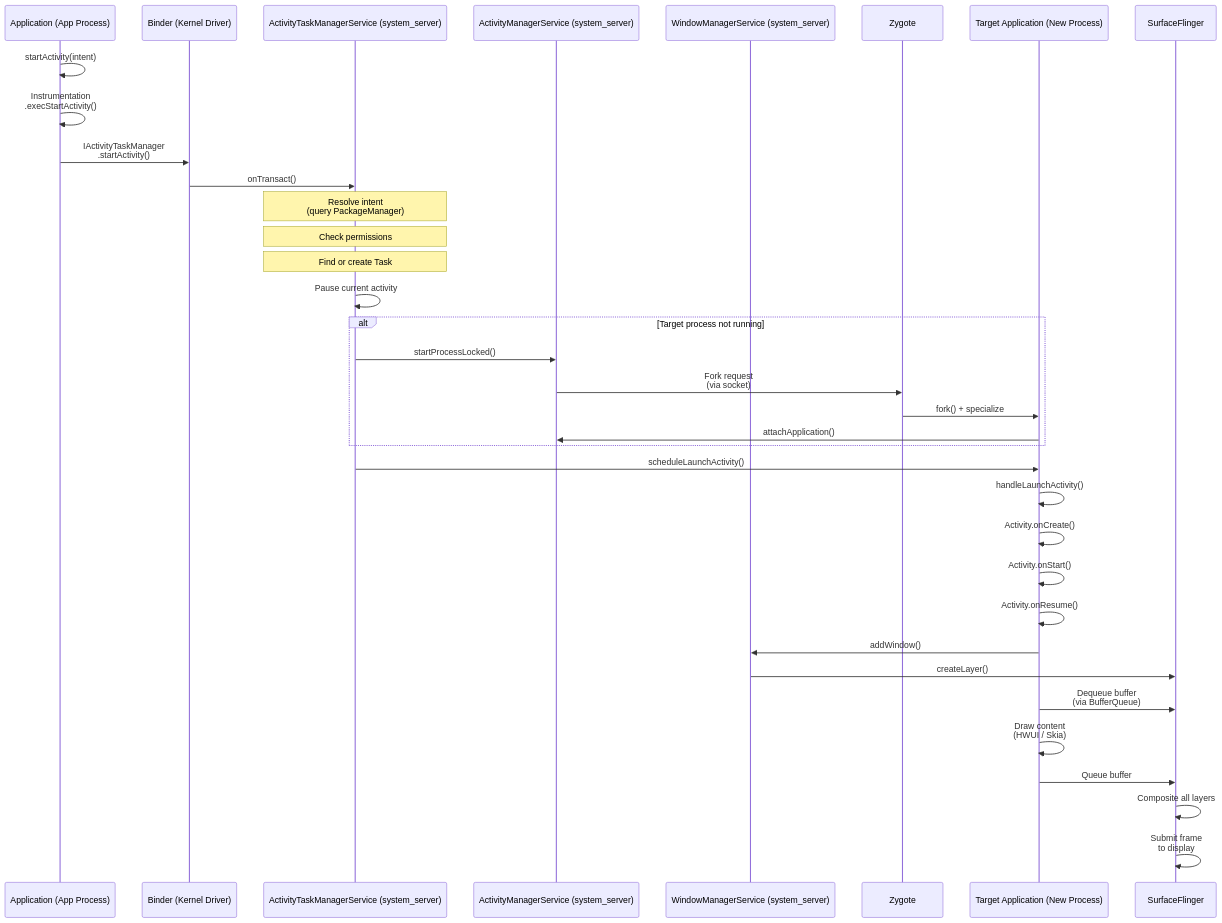
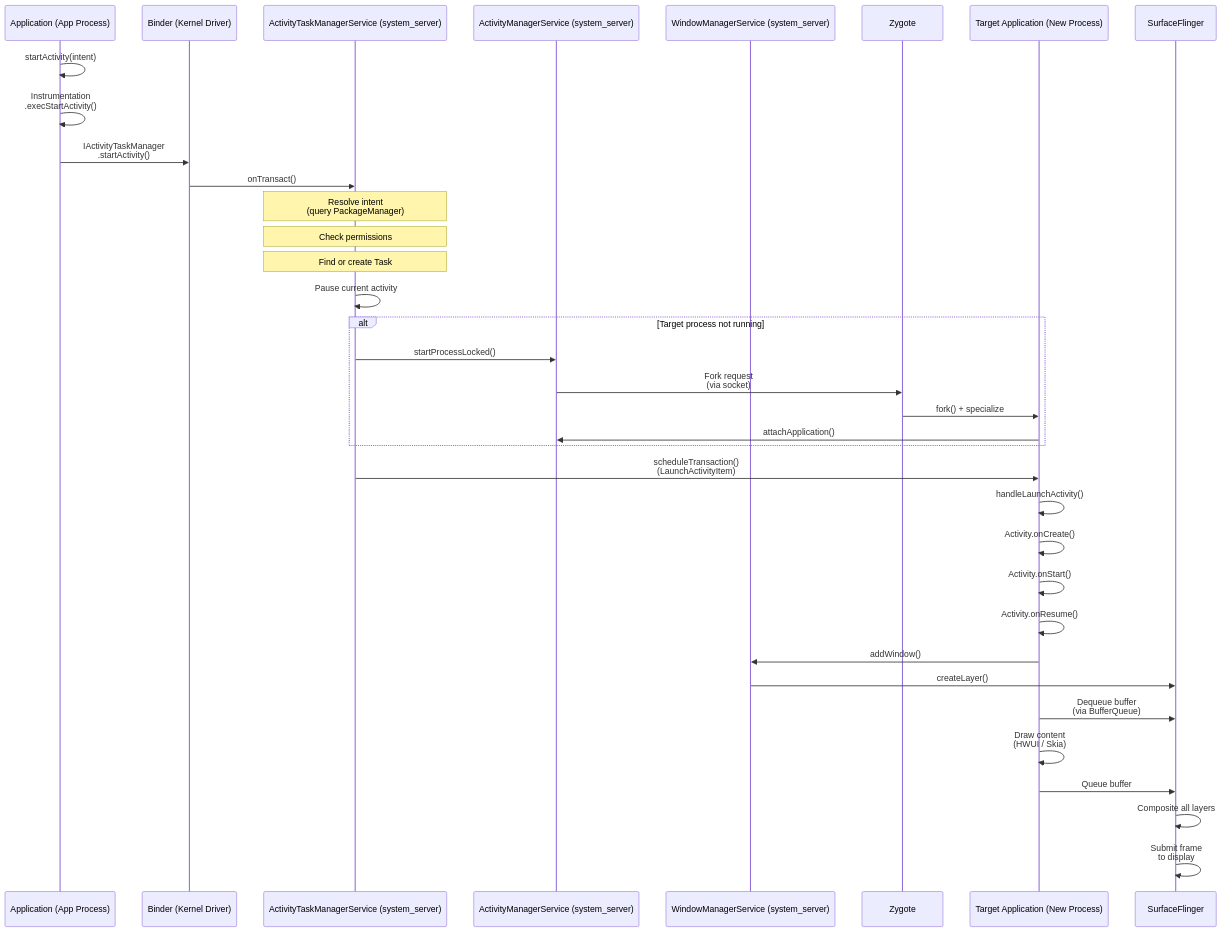
One commit to aospbooks/aosp-internal-book changed diagram 16 of 21 in agents/claude/skills/aosp-getting-started/01-introduction.md. Above: the diagram before and after it, drawn with Mermaid. The commit also changed other lines of this file and 218 other files, not shown here.

````diff
--- a/agents/claude/skills/aosp-getting-started/01-introduction.md
+++ b/agents/claude/skills/aosp-getting-started/01-introduction.md
@@ -2436,44 +2459,44 @@
 ```mermaid
 sequenceDiagram
     participant App as Application (App Process)
     participant Binder as Binder (Kernel Driver)
     participant ATMS as ActivityTaskManagerService (system_server)
     participant AMS as ActivityManagerService (system_server)
     participant WMS as WindowManagerService (system_server)
     participant Zygote as Zygote
     participant Target as Target Application (New Process)
     participant SF as SurfaceFlinger
 
     App->>App: startActivity(intent)
     App->>App: Instrumentation<br/>.execStartActivity()
     App->>Binder: IActivityTaskManager<br/>.startActivity()
     Binder->>ATMS: onTransact()
 
     Note over ATMS: Resolve intent<br/>(query PackageManager)
     Note over ATMS: Check permissions
     Note over ATMS: Find or create Task
 
     ATMS->>ATMS: Pause current activity
 
     alt Target process not running
         ATMS->>AMS: startProcessLocked()
         AMS->>Zygote: Fork request<br/>(via socket)
         Zygote->>Target: fork() + specialize
         Target->>AMS: attachApplication()
     end
 
-    ATMS->>Target: scheduleLaunchActivity()
+    ATMS->>Target: scheduleTransaction()<br/>(LaunchActivityItem)
     Target->>Target: handleLaunchActivity()
     Target->>Target: Activity.onCreate()
     Target->>Target: Activity.onStart()
     Target->>Target: Activity.onResume()
 
     Target->>WMS: addWindow()
     WMS->>SF: createLayer()
     Target->>SF: Dequeue buffer<br/>(via BufferQueue)
     Target->>Target: Draw content<br/>(HWUI / Skia)
     Target->>SF: Queue buffer
 
     SF->>SF: Composite all layers
     SF->>SF: Submit frame<br/>to display
 ```
````
